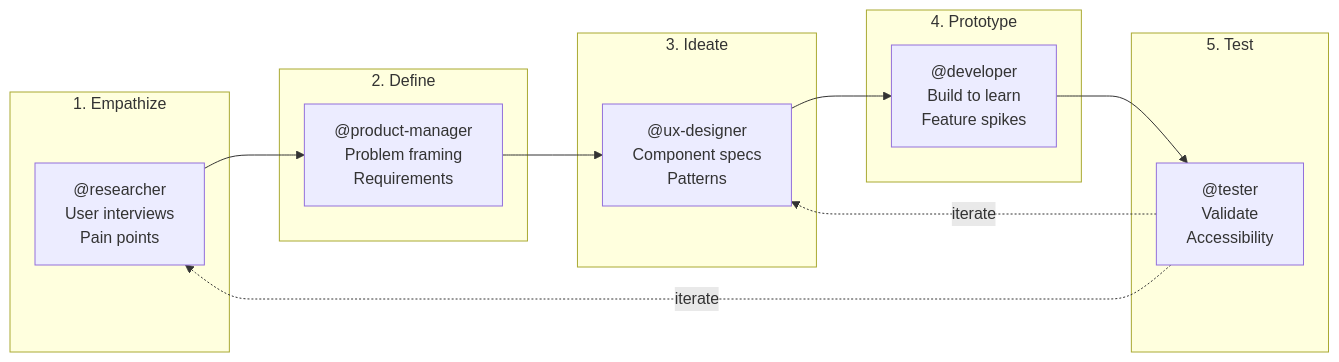
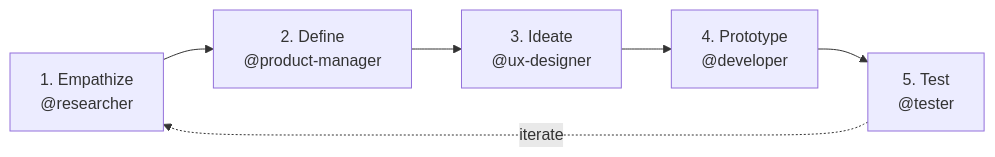
The sixth of 7 diagrams in README.md (shyamsridhar123/ATV-AgentSkillsDemo), drawn with Mermaid before and after one commit. The commit also changed other lines of this file and 2 other files, not shown here.

Commit message:
beth-7bo: Simplify all architecture mermaid diagrams in README.md and SYSTEM-FLOW.md

````diff
--- a/README.md
+++ b/README.md
@@ -445,26 +431,5 @@
 ```mermaid
 flowchart LR
-    subgraph Empathize["1. Empathize"]
-        E["@researcher<br/>User interviews<br/>Pain points"]
-    end
-
-    subgraph Define["2. Define"]
-        D["@product-manager<br/>Problem framing<br/>Requirements"]
-    end
-
-    subgraph Ideate["3. Ideate"]
-        I["@ux-designer<br/>Component specs<br/>Patterns"]
-    end
-
-    subgraph Prototype["4. Prototype"]
-        P["@developer<br/>Build to learn<br/>Feature spikes"]
-    end
-
-    subgraph Test["5. Test"]
-        T["@tester<br/>Validate<br/>Accessibility"]
-    end
-
-    E --> D --> I --> P --> T
+    E["1. Empathize<br/>@researcher"] --> D["2. Define<br/>@product-manager"] --> I["3. Ideate<br/>@ux-designer"] --> P["4. Prototype<br/>@developer"] --> T["5. Test<br/>@tester"]
     T -.->|iterate| E
-    T -.->|iterate| I
 ```
````
